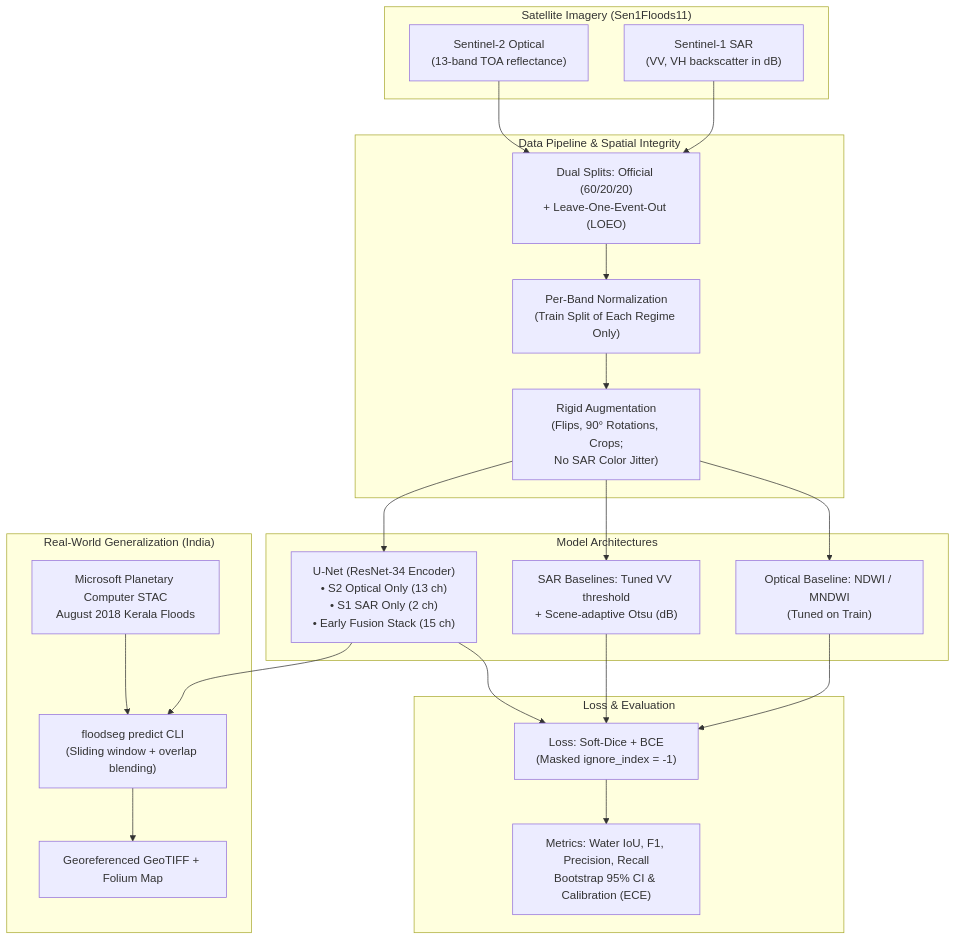
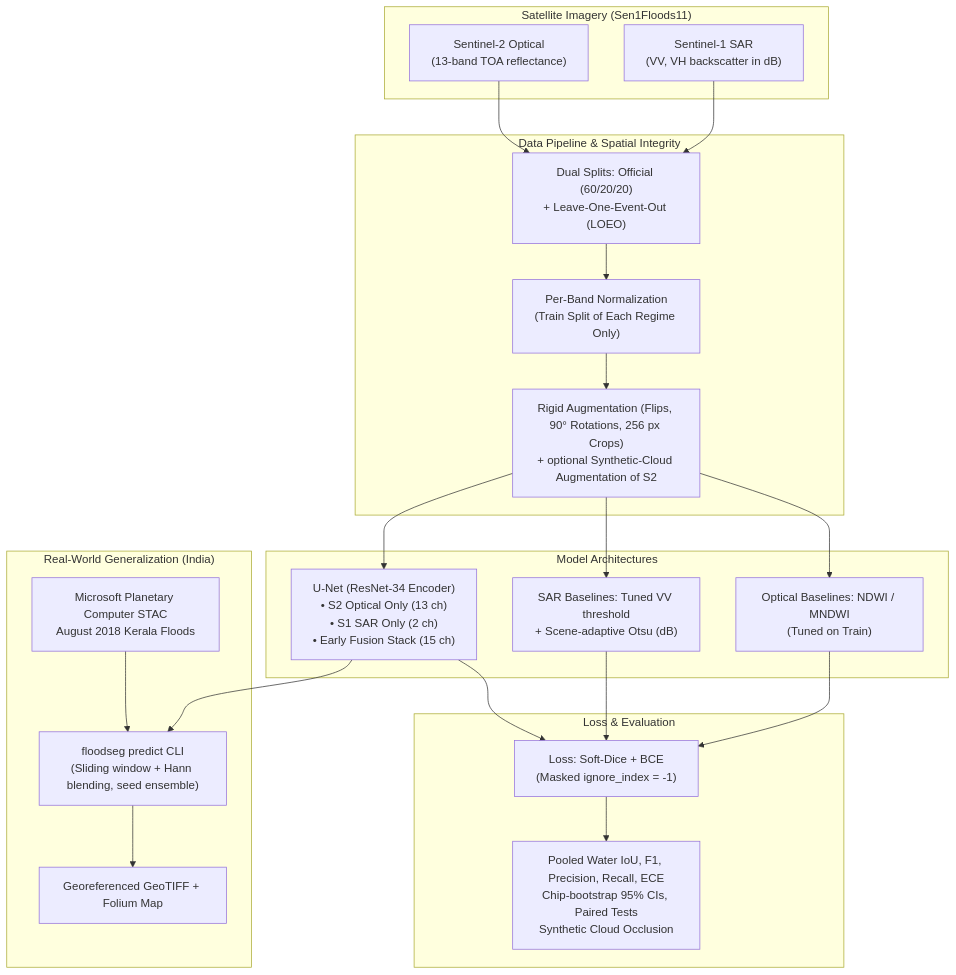
One commit to suchetkumbar/FloodSeg changed the diagram in README.md. Above: the diagram before and after it, drawn with Mermaid. The commit also changed other lines of this file and 32 other files, not shown here.

Commit message:
Add synthetic cloud augmentation and prediction capabilities

````diff
--- a/README.md
+++ b/README.md
@@ -15,36 +18,36 @@
 ```mermaid
 flowchart TD
     subgraph Input ["Satellite Imagery (Sen1Floods11)"]
         S1["Sentinel-1 SAR<br/>(VV, VH backscatter in dB)"]
         S2["Sentinel-2 Optical<br/>(13-band TOA reflectance)"]
     end
 
     subgraph Preprocessing ["Data Pipeline & Spatial Integrity"]
         SPLIT["Dual Splits: Official (60/20/20)<br/>+ Leave-One-Event-Out (LOEO)"]
         NORM["Per-Band Normalization<br/>(Train Split of Each Regime Only)"]
-        AUG["Rigid Augmentation<br/>(Flips, 90° Rotations, Crops;<br/>No SAR Color Jitter)"]
+        AUG["Rigid Augmentation (Flips, 90° Rotations, 256 px Crops)<br/>+ optional Synthetic-Cloud Augmentation of S2"]
     end
 
     subgraph Models ["Model Architectures"]
-        BASE1["Optical Baseline: NDWI / MNDWI<br/>(Tuned on Train)"]
+        BASE1["Optical Baselines: NDWI / MNDWI<br/>(Tuned on Train)"]
         BASE2["SAR Baselines: Tuned VV threshold<br/>+ Scene-adaptive Otsu (dB)"]
         UNET["U-Net (ResNet-34 Encoder)<br/>• S2 Optical Only (13 ch)<br/>• S1 SAR Only (2 ch)<br/>• Early Fusion Stack (15 ch)"]
     end
 
     subgraph LossEval ["Loss & Evaluation"]
         LOSS["Loss: Soft-Dice + BCE<br/>(Masked ignore_index = -1)"]
-        EVAL["Metrics: Water IoU, F1, Precision, Recall<br/>Bootstrap 95% CI & Calibration (ECE)"]
+        EVAL["Pooled Water IoU, F1, Precision, Recall, ECE<br/>Chip-bootstrap 95% CIs, Paired Tests<br/>Synthetic Cloud Occlusion"]
     end
 
     subgraph CaseStudy ["Real-World Generalization (India)"]
         STAC["Microsoft Planetary Computer STAC<br/>August 2018 Kerala Floods"]
-        CLI["floodseg predict CLI<br/>(Sliding window + overlap blending)"]
+        CLI["floodseg predict CLI<br/>(Sliding window + Hann blending, seed ensemble)"]
         MAP["Georeferenced GeoTIFF + Folium Map"]
     end
 
     S1 & S2 --> SPLIT --> NORM --> AUG
     AUG --> BASE1 & BASE2 & UNET
     BASE1 & BASE2 & UNET --> LOSS --> EVAL
     UNET --> CLI --> MAP
     STAC --> CLI
 ```
````
